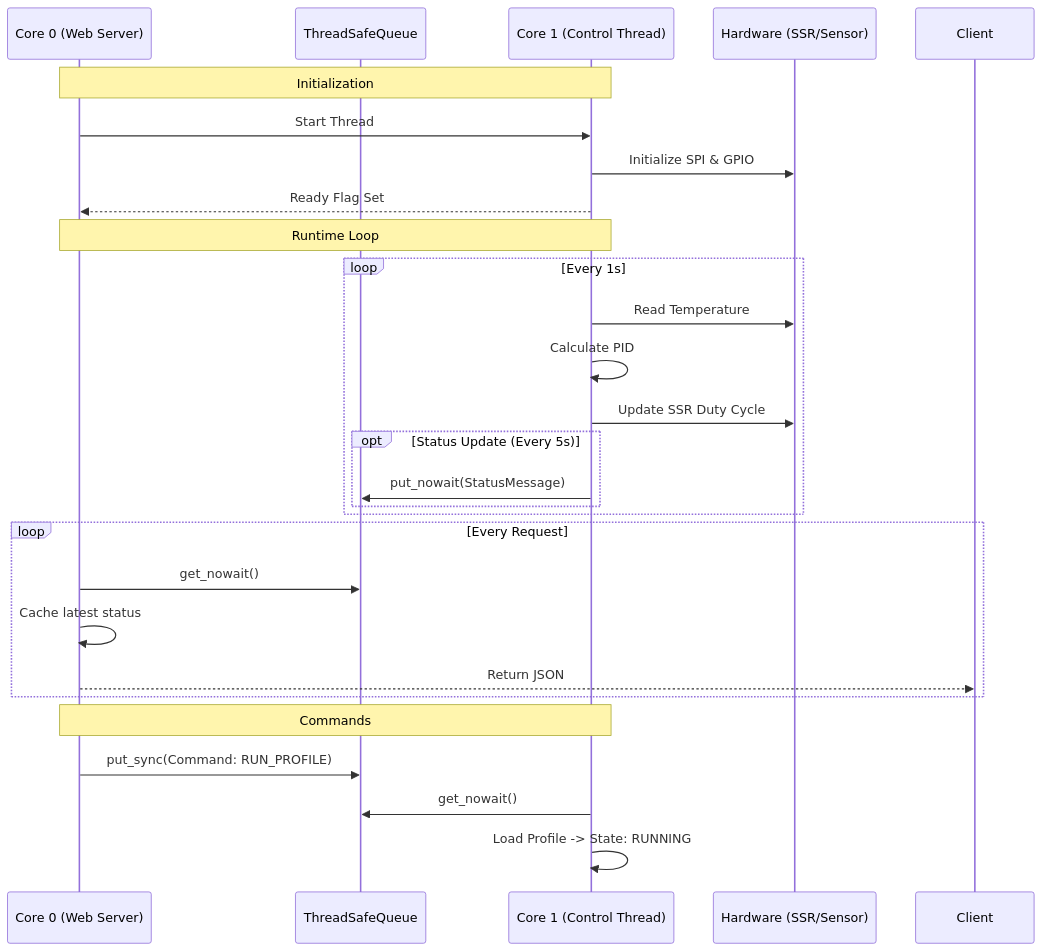
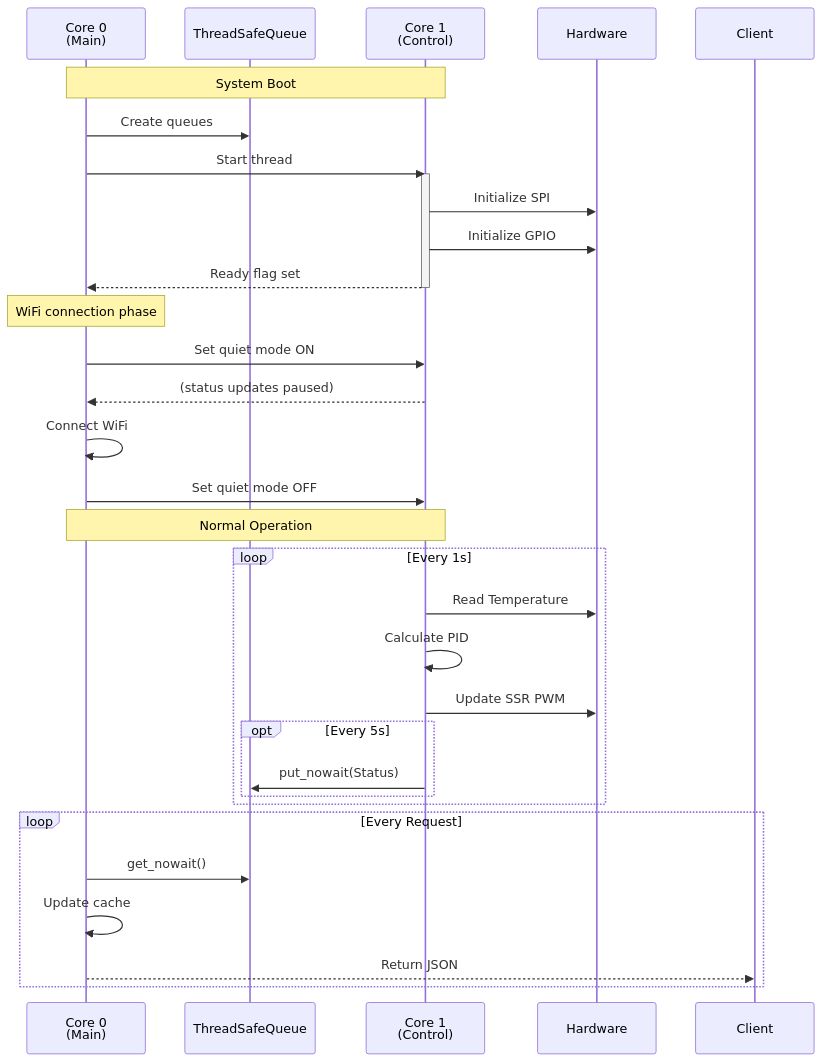
The second of 3 diagrams in src/content/articles/kiln/pico-kiln-firmware.md (KONFeature/KONFeature.github.io), drawn with Mermaid before and after one commit. The commit also changed other lines of this file and 10 other files, not shown here.

````diff
--- a/src/content/articles/kiln/pico-kiln-firmware.md
+++ b/src/content/articles/kiln/pico-kiln-firmware.md
@@ -29,34 +64,39 @@
 ```mermaid
 sequenceDiagram
-    participant Web as Core 0 (Web Server)
+    participant Core0 as Core 0<br/>(Main)
     participant Queue as ThreadSafeQueue
-    participant Control as Core 1 (Control Thread)
-    participant HW as Hardware (SSR/Sensor)
+    participant Core1 as Core 1<br/>(Control)
+    participant HW as Hardware
 
-    Note over Web, Control: Initialization
-    Web->>Control: Start Thread
-    Control->>HW: Initialize SPI & GPIO
-    Control-->>Web: Ready Flag Set
-
-    Note over Web, Control: Runtime Loop
+    Note over Core0,Core1: System Boot
+    Core0->>Queue: Create queues
+    Core0->>Core1: Start thread
+    activate Core1
+    Core1->>HW: Initialize SPI
+    Core1->>HW: Initialize GPIO
+    Core1-->>Core0: Ready flag set
+    deactivate Core1
+    
+    Note over Core0: WiFi connection phase
+    Core0->>Core1: Set quiet mode ON
+    Core1-->>Core0: (status updates paused)
+    Core0->>Core0: Connect WiFi
+    Core0->>Core1: Set quiet mode OFF
+    
+    Note over Core0,Core1: Normal Operation
     loop Every 1s
-        Control->>HW: Read Temperature
-        Control->>Control: Calculate PID
-        Control->>HW: Update SSR Duty Cycle
+        Core1->>HW: Read Temperature
+        Core1->>Core1: Calculate PID
+        Core1->>HW: Update SSR PWM
         
-        opt Status Update (Every 5s)
-            Control->>Queue: put_nowait(StatusMessage)
+        opt Every 5s
+            Core1->>Queue: put_nowait(Status)
         end
     end
-
+    
     loop Every Request
-        Web->>Queue: get_nowait()
-        Web->>Web: Cache latest status
-        Web-->>Client: Return JSON
+        Core0->>Queue: get_nowait()
+        Core0->>Core0: Update cache
+        Core0-->>Client: Return JSON
     end
-
-    Note over Web, Control: Commands
-    Web->>Queue: put_sync(Command: RUN_PROFILE)
-    Control->>Queue: get_nowait()
-    Control->>Control: Load Profile -> State: RUNNING
 ```
````
